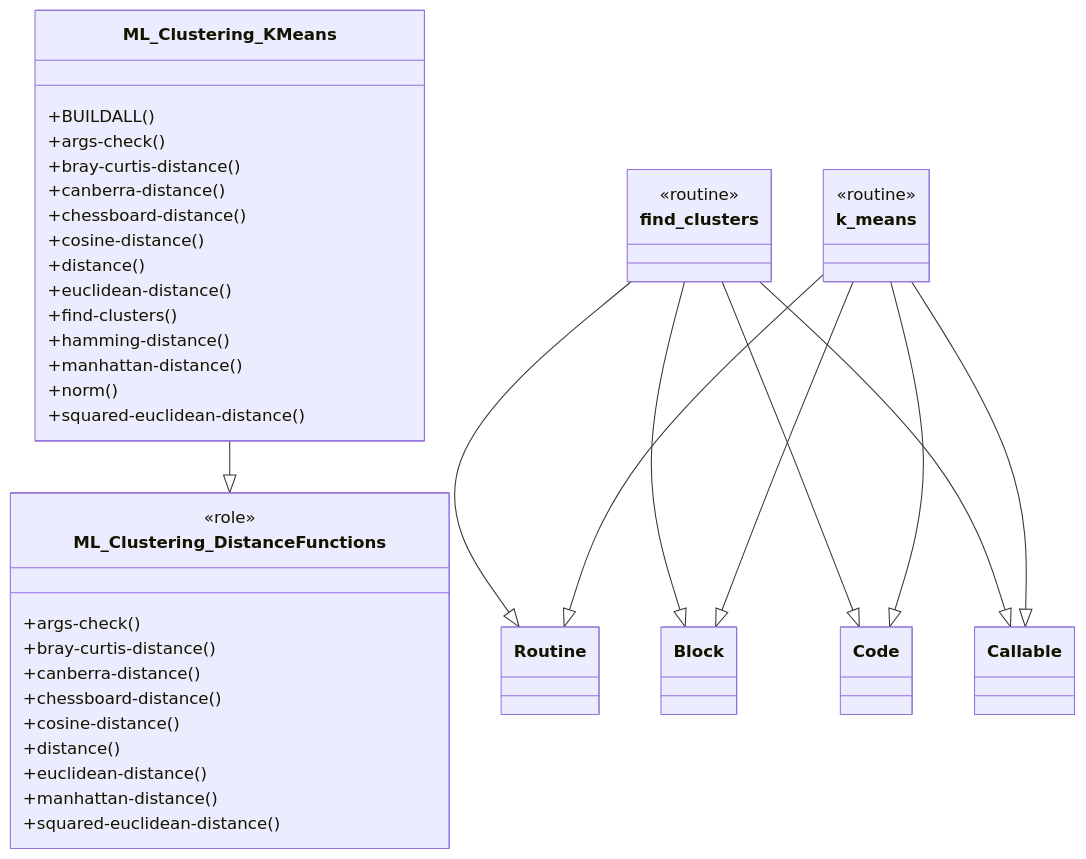
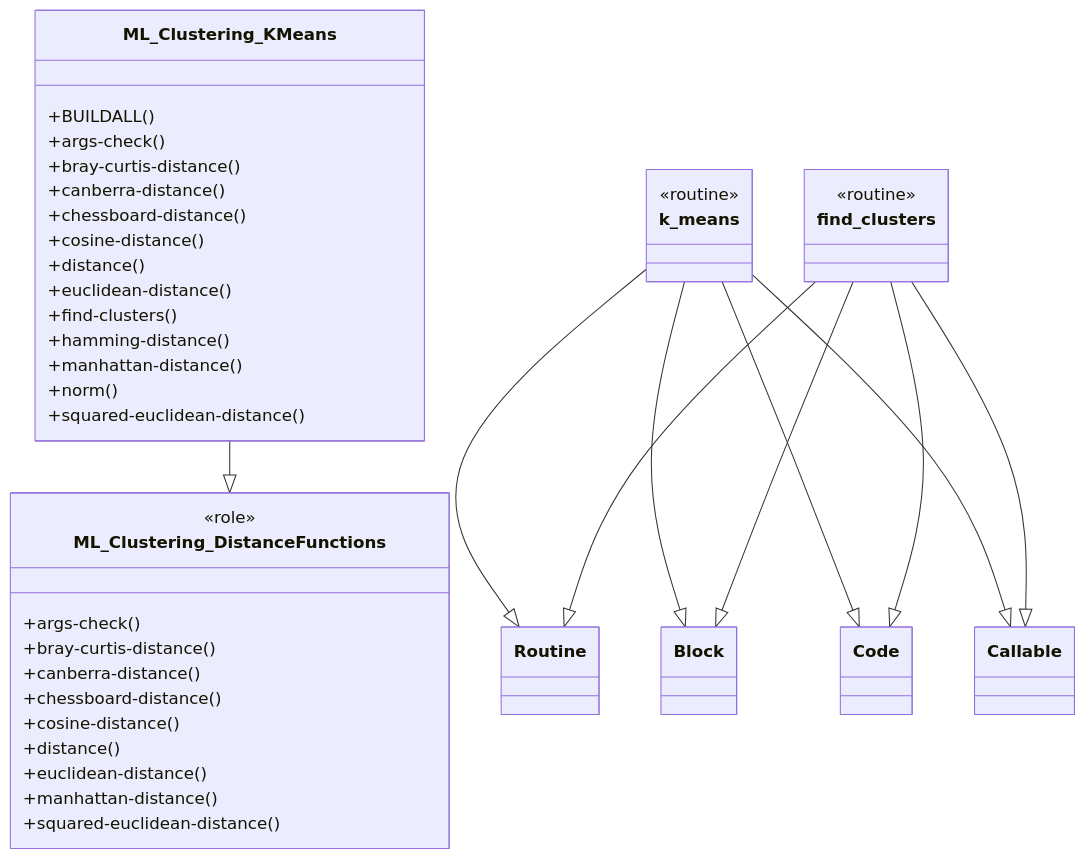
The second of 4 diagrams in Presentations/Interactive-Mermaid-diagrams-generation-via-Markdown-evaluation/Interactive-Mermaid-diagrams-generation-via-Markdown-evaluation.md (antononcube/RakuForPrediction-book), drawn with Mermaid before and after one commit. The commit also changed other lines of this file and 1 other file, not shown here.

Commit message:
docs:Better main diagram.

````diff
--- a/Presentations/Interactive-Mermaid-diagrams-generation-via-Markdown-evaluation/Interactive-Mermaid-diagrams-generation-via-Markdown-evaluation.md
+++ b/Presentations/Interactive-Mermaid-diagrams-generation-via-Markdown-evaluation/Interactive-Mermaid-diagrams-generation-via-Markdown-evaluation.md
@@ -143,51 +147,51 @@
 ```mermaid
 classDiagram
-class ML_Clustering_DistanceFunctions {
-  <<role>>
-  +args-check()
-  +bray-curtis-distance()
-  +canberra-distance()
-  +chessboard-distance()
-  +cosine-distance()
-  +distance()
-  +euclidean-distance()
-  +manhattan-distance()
-  +squared-euclidean-distance()
-}
-
-
 class ML_Clustering_KMeans {
   +BUILDALL()
   +args-check()
   +bray-curtis-distance()
   +canberra-distance()
   +chessboard-distance()
   +cosine-distance()
   +distance()
   +euclidean-distance()
   +find-clusters()
   +hamming-distance()
   +manhattan-distance()
   +norm()
   +squared-euclidean-distance()
 }
 ML_Clustering_KMeans --|> ML_Clustering_DistanceFunctions
 
 
-class find_clusters {
-  <<routine>>
+class ML_Clustering_DistanceFunctions {
+  <<role>>
+  +args-check()
+  +bray-curtis-distance()
+  +canberra-distance()
+  +chessboard-distance()
+  +cosine-distance()
+  +distance()
+  +euclidean-distance()
+  +manhattan-distance()
+  +squared-euclidean-distance()
 }
-find_clusters --|> Routine
-find_clusters --|> Block
-find_clusters --|> Code
-find_clusters --|> Callable
 
 
 class k_means {
   <<routine>>
 }
 k_means --|> Routine
 k_means --|> Block
 k_means --|> Code
 k_means --|> Callable
+
+
+class find_clusters {
+  <<routine>>
+}
+find_clusters --|> Routine
+find_clusters --|> Block
+find_clusters --|> Code
+find_clusters --|> Callable
 ```
````
